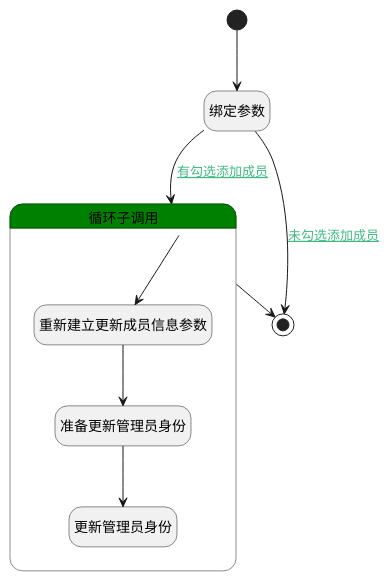
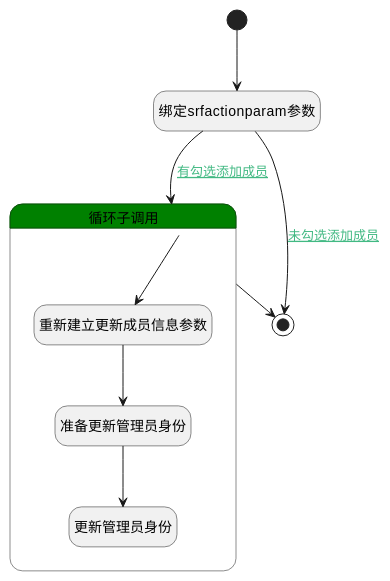
The diagram in doc/docsify/module/ProdMgmt/product/logic/change_admin_role.md (iBizLab/plm), drawn with PlantUML before and after one commit. The commit also changed other lines of this file and 1778 other files, not shown here.

````diff
--- a/doc/docsify/module/ProdMgmt/product/logic/change_admin_role.md
+++ b/doc/docsify/module/ProdMgmt/product/logic/change_admin_role.md
@@ -7,31 +7,31 @@
 ```plantuml
 @startuml
 hide empty description
 <style>
 root {
   HyperlinkColor #42b983
 }
 </style>
 
 hide empty description
 state "开始" as Begin <<start>> [[$./change_admin_role#begin {"开始"}]]
-state "绑定参数" as BINDPARAM1  [[$./change_admin_role#bindparam1 {"绑定参数"}]]
+state "绑定srfactionparam参数" as BINDPARAM1  [[$./change_admin_role#bindparam1 {"绑定srfactionparam参数"}]]
 state "结束" as END1 <<end>> [[$./change_admin_role#end1 {"结束"}]]
 state "循环子调用" as LOOPSUBCALL1  [[$./change_admin_role#loopsubcall1 {"循环子调用"}]] #green {
 state "重新建立更新成员信息参数" as RENEWPARAM4  [[$./change_admin_role#renewparam4 {"重新建立更新成员信息参数"}]]
 state "准备更新管理员身份" as PREPAREPARAM2  [[$./change_admin_role#prepareparam2 {"准备更新管理员身份"}]]
 state "更新管理员身份" as DEACTION1  [[$./change_admin_role#deaction1 {"更新管理员身份"}]]
 }
 
 
 Begin --> BINDPARAM1
 BINDPARAM1 --> LOOPSUBCALL1 : [[$./change_admin_role#bindparam1-loopsubcall1{有勾选添加成员} 有勾选添加成员]]
 LOOPSUBCALL1 --> RENEWPARAM4
 RENEWPARAM4 --> PREPAREPARAM2
 PREPAREPARAM2 --> DEACTION1
 LOOPSUBCALL1 --> END1
 BINDPARAM1 --> END1 : [[$./change_admin_role#bindparam1-end1{未勾选添加成员} 未勾选添加成员]]
 
 
 @enduml
 ```
````
